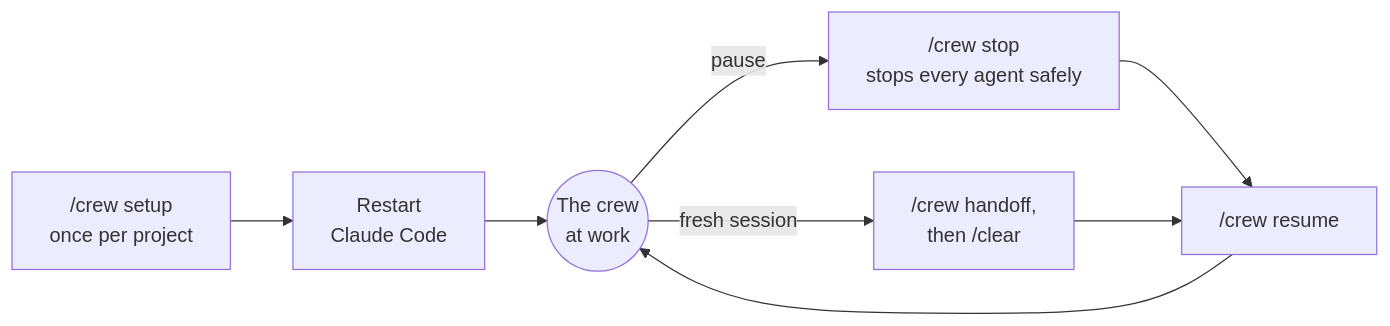
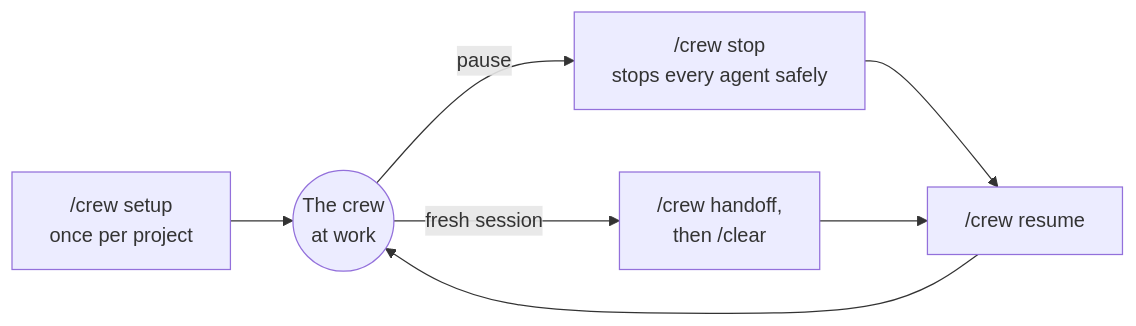
One commit to claudio-silva/ai-toolbox changed the third of 3 diagrams in skills/claude-code/crew/README.md. Above: the diagram before and after it, drawn with Mermaid. The commit also changed other lines of this file and 5 other files, not shown here.

First line of the commit message:
crew: no restart after setup; a probe for what Claude Code reloads

````diff
--- a/skills/claude-code/crew/README.md
+++ b/skills/claude-code/crew/README.md
@@ -178,7 +178,7 @@
 ```mermaid
 flowchart LR
-  setup["/crew setup<br/>once per project"] --> restart["Restart<br/>Claude Code"] --> work(("The crew<br/>at work"))
+  setup["/crew setup<br/>once per project"] --> work(("The crew<br/>at work"))
   work -- "pause" --> stop["/crew stop<br/>stops every agent safely"] --> resume["/crew resume"]
   work -- "fresh session" --> handoff["/crew handoff,<br/>then /clear"] --> resume
   resume --> work
 ```
````
